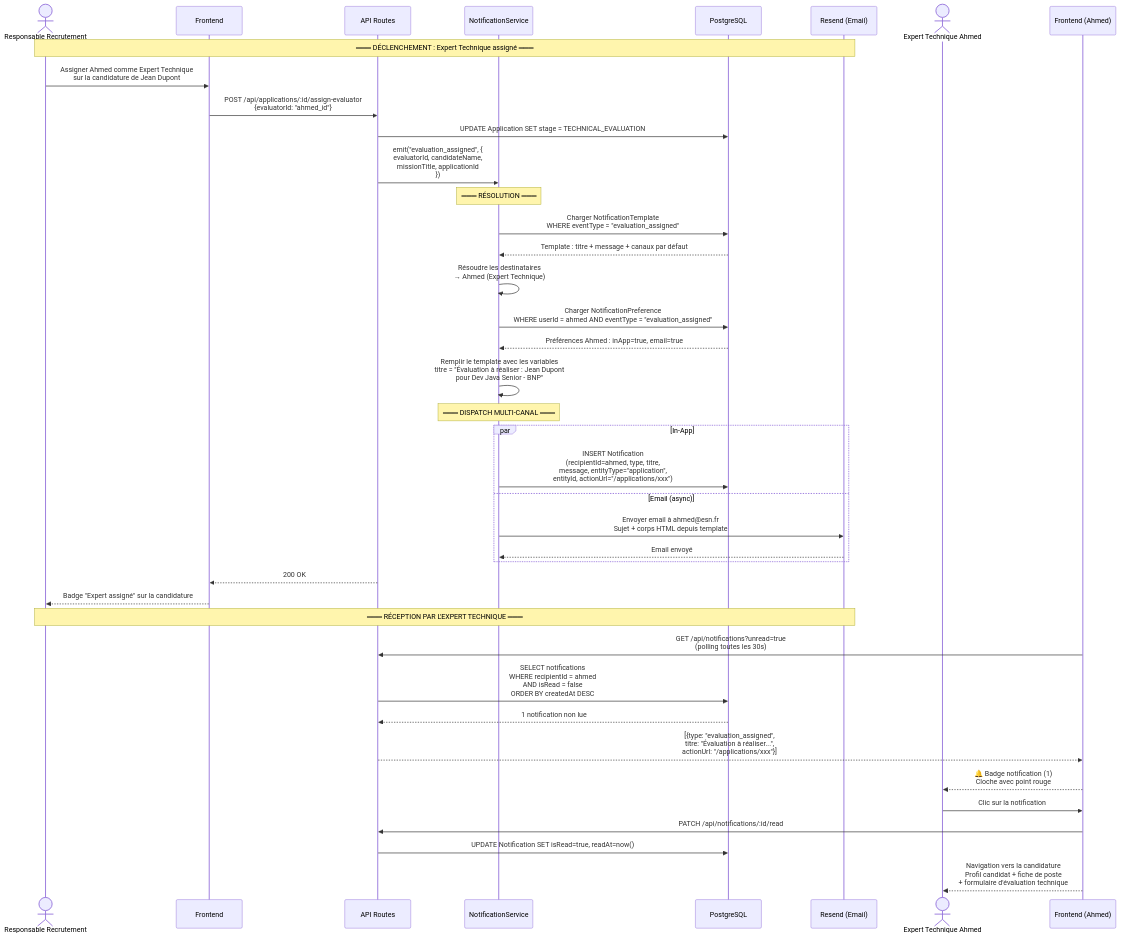
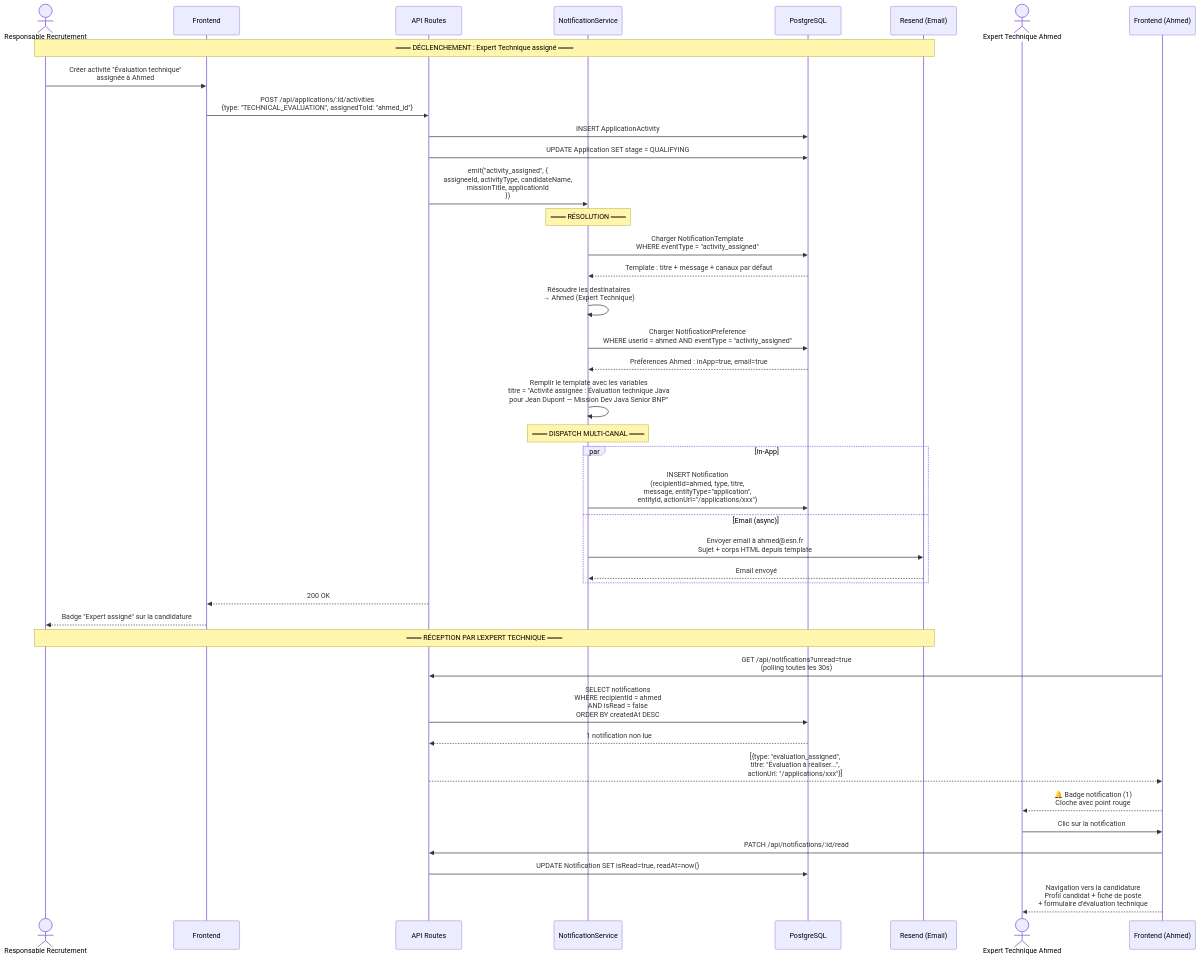
Before and after one commit to MisterRaymond/staffing-ai-architecture: the first of 2 diagrams in docs/diagrams/sequences/notification-dispatch.md, drawn with Mermaid. The commit also changed other lines of this file and 6 other files, not shown here.

````diff
--- a/docs/diagrams/sequences/notification-dispatch.md
+++ b/docs/diagrams/sequences/notification-dispatch.md
@@ -3,60 +3,61 @@
 ```mermaid
 sequenceDiagram
     actor U as Responsable Recrutement
     participant APP as Frontend
     participant API as API Routes
     participant NS as NotificationService
     participant DB as PostgreSQL
     participant EMAIL as Resend (Email)
 
     Note over U,EMAIL: ═══ DÉCLENCHEMENT : Expert Technique assigné ═══
 
-    U->>APP: Assigner Ahmed comme Expert Technique<br/>sur la candidature de Jean Dupont
-    APP->>API: POST /api/applications/:id/assign-evaluator<br/>{evaluatorId: "ahmed_id"}
+    U->>APP: Créer activité "Évaluation technique"<br/>assignée à Ahmed
+    APP->>API: POST /api/applications/:id/activities<br/>{type: "TECHNICAL_EVALUATION", assignedToId: "ahmed_id"}
 
-    API->>DB: UPDATE Application SET stage = TECHNICAL_EVALUATION
-    API->>NS: emit("evaluation_assigned", {<br/>  evaluatorId, candidateName,<br/>  missionTitle, applicationId<br/>})
+    API->>DB: INSERT ApplicationActivity
+    API->>DB: UPDATE Application SET stage = QUALIFYING
+    API->>NS: emit("activity_assigned", {<br/>  assigneeId, activityType, candidateName,<br/>  missionTitle, applicationId<br/>})
 
     Note over NS: ═══ RÉSOLUTION ═══
 
-    NS->>DB: Charger NotificationTemplate<br/>WHERE eventType = "evaluation_assigned"
+    NS->>DB: Charger NotificationTemplate<br/>WHERE eventType = "activity_assigned"
     DB-->>NS: Template : titre + message + canaux par défaut
 
     NS->>NS: Résoudre les destinataires<br/>→ Ahmed (Expert Technique)
 
-    NS->>DB: Charger NotificationPreference<br/>WHERE userId = ahmed AND eventType = "evaluation_assigned"
+    NS->>DB: Charger NotificationPreference<br/>WHERE userId = ahmed AND eventType = "activity_assigned"
     DB-->>NS: Préférences Ahmed : inApp=true, email=true
 
-    NS->>NS: Remplir le template avec les variables<br/>titre = "Évaluation à réaliser : Jean Dupont<br/>pour Dev Java Senior - BNP"
+    NS->>NS: Remplir le template avec les variables<br/>titre = "Activité assignée : Évaluation technique Java<br/>pour Jean Dupont — Mission Dev Java Senior BNP"
 
     Note over NS: ═══ DISPATCH MULTI-CANAL ═══
 
     par In-App
         NS->>DB: INSERT Notification<br/>(recipientId=ahmed, type, titre,<br/>message, entityType="application",<br/>entityId, actionUrl="/applications/xxx")
     and Email (async)
         NS->>EMAIL: Envoyer email à ahmed@esn.fr<br/>Sujet + corps HTML depuis template
         EMAIL-->>NS: Email envoyé
     end
 
     API-->>APP: 200 OK
     APP-->>U: Badge "Expert assigné" sur la candidature
 
     Note over U,EMAIL: ═══ RÉCEPTION PAR L'EXPERT TECHNIQUE ═══
 
     actor E as Expert Technique Ahmed
     participant APP2 as Frontend (Ahmed)
 
     APP2->>API: GET /api/notifications?unread=true<br/>(polling toutes les 30s)
     API->>DB: SELECT notifications<br/>WHERE recipientId = ahmed<br/>AND isRead = false<br/>ORDER BY createdAt DESC
     DB-->>API: 1 notification non lue
 
     API-->>APP2: [{type: "evaluation_assigned",<br/>titre: "Évaluation à réaliser...",<br/>actionUrl: "/applications/xxx"}]
 
     APP2-->>E: 🔔 Badge notification (1)<br/>Cloche avec point rouge
 
     E->>APP2: Clic sur la notification
     APP2->>API: PATCH /api/notifications/:id/read
     API->>DB: UPDATE Notification SET isRead=true, readAt=now()
 
     APP2-->>E: Navigation vers la candidature<br/>Profil candidat + fiche de poste<br/>+ formulaire d'évaluation technique
 ```
````
